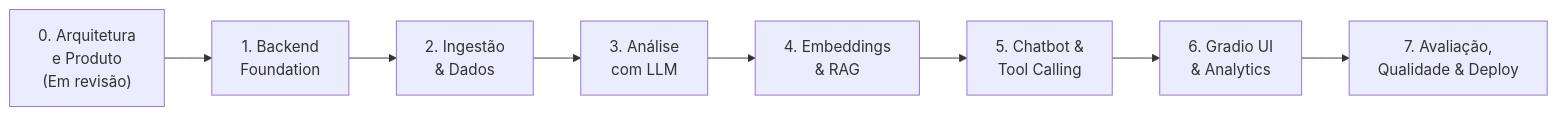
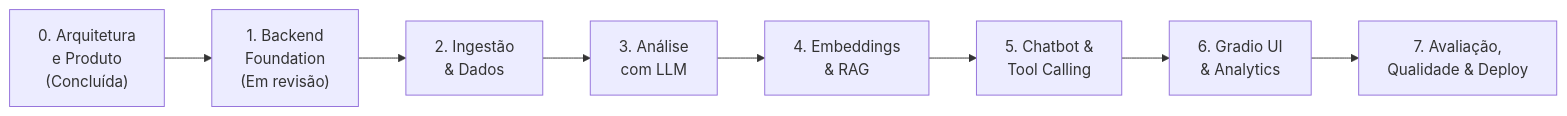
The diagram in docs/ROADMAP.md (iMathCC/MesaIQ), drawn with Mermaid before and after one commit. The commit also changed other lines of this file and 29 other files, not shown here.

Commit message:
feat(foundation): implement backend foundation

````diff
--- a/docs/ROADMAP.md
+++ b/docs/ROADMAP.md
@@ -13,10 +14,10 @@
 ```mermaid
 flowchart LR
-    E0["0. Arquitetura\ne Produto\n(Em revisão)"] --> E1["1. Backend\nFoundation"]
+    E0["0. Arquitetura\ne Produto\n(Concluída)"] --> E1["1. Backend\nFoundation\n(Em revisão)"]
     E1 --> E2["2. Ingestão\n& Dados"]
     E2 --> E3["3. Análise\ncom LLM"]
     E3 --> E4["4. Embeddings\n& RAG"]
     E4 --> E5["5. Chatbot &\nTool Calling"]
     E5 --> E6["6. Gradio UI\n& Analytics"]
     E6 --> E7["7. Avaliação,\nQualidade & Deploy"]
 ```
````
